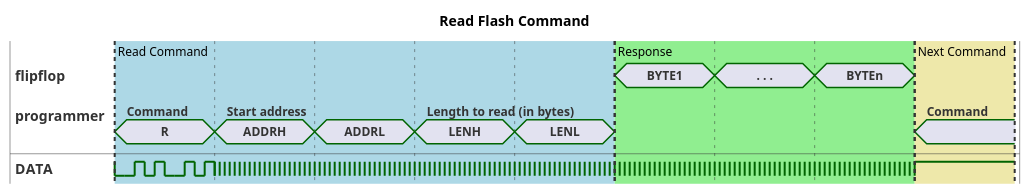
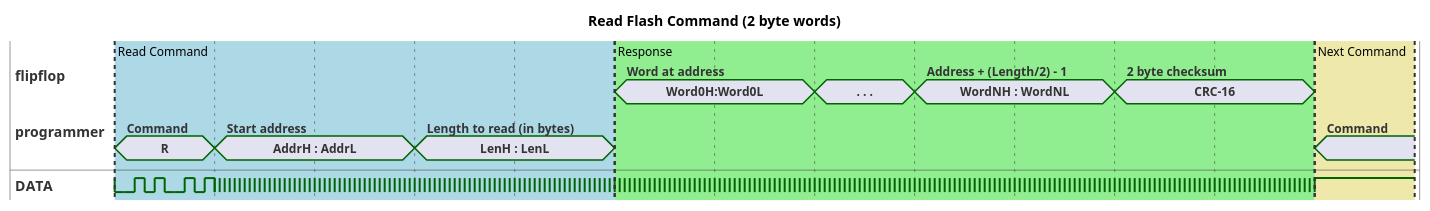
The diagram in docs/src/diagrams/read-command.puml (Rex--/flipflop), drawn with PlantUML before and after one commit. The commit also changed 9 other files, not shown here.

Commit message:
Added some basic CRC code. 16 bit CRCs are now appended to read and write data blocks. Timing diagrams have been updated to reflect the changes.

```diff
--- a/docs/src/diagrams/read-command.puml
+++ b/docs/src/diagrams/read-command.puml
@@ -1,67 +1,64 @@
 @startuml read-command
 ' mode compact
 scale 10 as 100 pixels
 hide time-axis
-Title: Read Flash Command
+Title: Read Flash Command (2 byte words)
 
 compact concise "flipflop" as FF
 compact concise "programmer" as PG
 binary "DATA" as D
 
 D is high
 
 @10
 PG is R : Command
 D is low
 @+1
 D is low
 @+1
 D is high
 @+1
 D is low
 @+1
 D is high
 @+1
 D is low
 @+1
 D is low
 @+1
 D is high
 @+1
 D is low
 @+1
 D is high
 
 @20
-PG is ADDRH : Start address
+PG is "AddrH : AddrL" : Start address
 D is {low,high}
 
-@30
-PG is ADDRL
-
 @40
-PG is LENH : Length to read (in bytes)
-
-@50
-PG is LENL
+PG is "LenH : LenL" : Length to read (in bytes)
 
 @60
-FF is BYTE1
+FF is "Word0H:Word0L" : Word at address
 PG is {hidden}
 
-@70
+@80
 FF is ". . ."
 
-@80
-FF is BYTEn
+@90
+FF is "WordNH : WordNL" : Address + (Length/2) - 1
 
-@90
+@110
+FF is "CRC-16" : 2 byte checksum
+
+@130
 FF is {hidden}
 PG is "" : Command
 D is high
 
 highlight 10 to 60 #LightBlue: Read Command
-highlight 60 to 90 #LightGreen: Response
-highlight 90 to 100 #PaleGoldenRod: Next Command
+highlight 60 to 130 #LightGreen: Response
+highlight 130 to 140 #PaleGoldenRod: Next Command
 
 @enduml
```
